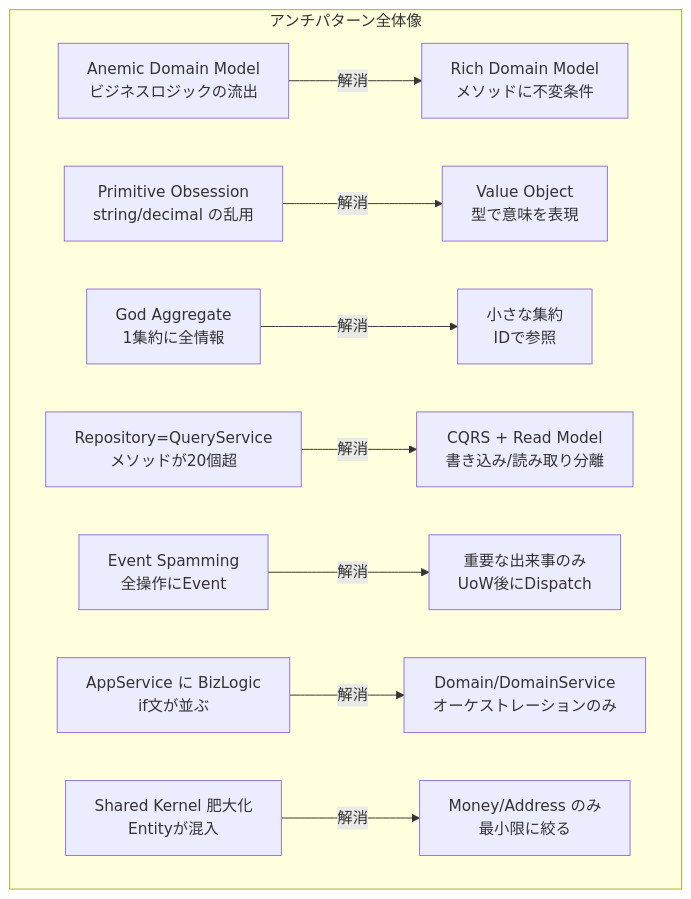
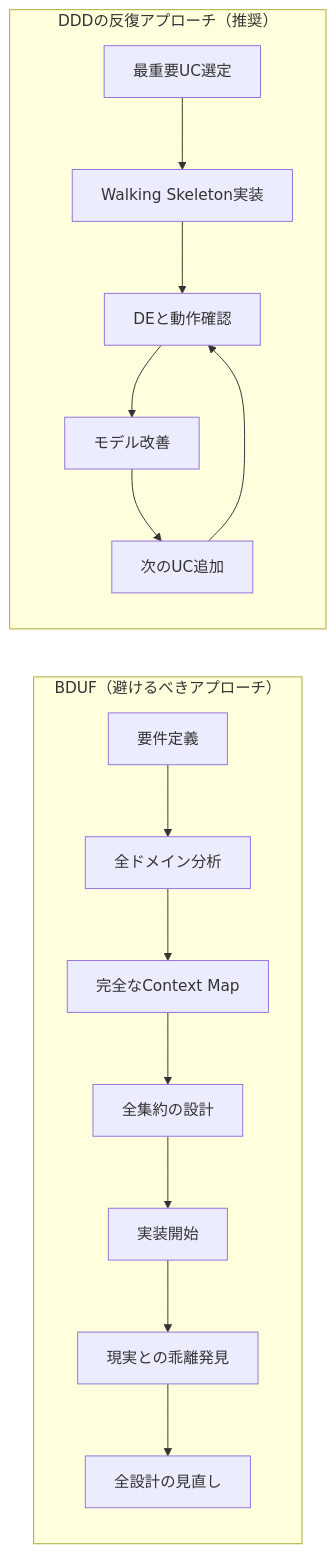
Before and after one commit to SakakitaniJunya/zenn-articles: the second of 6 diagrams in books/ddd-complete-guide/20-antipatterns.md, drawn with Mermaid. The commit also changed other lines of this file, not shown here.

Commit message:
feat(ch20): アンチパターン章を91,512bytesに最終拡充（Mermaid 6枚・33チェックリスト）

````diff
--- a/books/ddd-complete-guide/20-antipatterns.md
+++ b/books/ddd-complete-guide/20-antipatterns.md
@@ -1796,12 +322,19 @@
 ```mermaid
-graph TD
-    subgraph "アンチパターン全体像"
-        A1[Anemic Domain Model\nビジネスロジックの流出] -->|解消| B1[Rich Domain Model\nメソッドに不変条件]
-        A2[Primitive Obsession\nstring/decimal の乱用] -->|解消| B2[Value Object\n型で意味を表現]
-        A3[God Aggregate\n1集約に全情報] -->|解消| B3[小さな集約\nIDで参照]
-        A4[Repository=QueryService\nメソッドが20個超] -->|解消| B4[CQRS + Read Model\n書き込み/読み取り分離]
-        A5[Event Spamming\n全操作にEvent] -->|解消| B5[重要な出来事のみ\nUoW後にDispatch]
-        A6[AppService に BizLogic\nif文が並ぶ] -->|解消| B6[Domain/DomainService\nオーケストレーションのみ]
-        A7[Shared Kernel 肥大化\nEntityが混入] -->|解消| B7[Money/Address のみ\n最小限に絞る]
+graph LR
+    subgraph "BDUF（避けるべきアプローチ）"
+        B1[要件定義] --> B2[全ドメイン分析]
+        B2 --> B3[完全なContext Map]
+        B3 --> B4[全集約の設計]
+        B4 --> B5[実装開始]
+        B5 --> B6[現実との乖離発見]
+        B6 --> B7[全設計の見直し]
+    end
+
+    subgraph "DDDの反復アプローチ（推奨）"
+        D1[最重要UC選定] --> D2[Walking Skeleton実装]
+        D2 --> D3[DEと動作確認]
+        D3 --> D4[モデル改善]
+        D4 --> D5[次のUC追加]
+        D5 --> D3
     end
 ```
````
